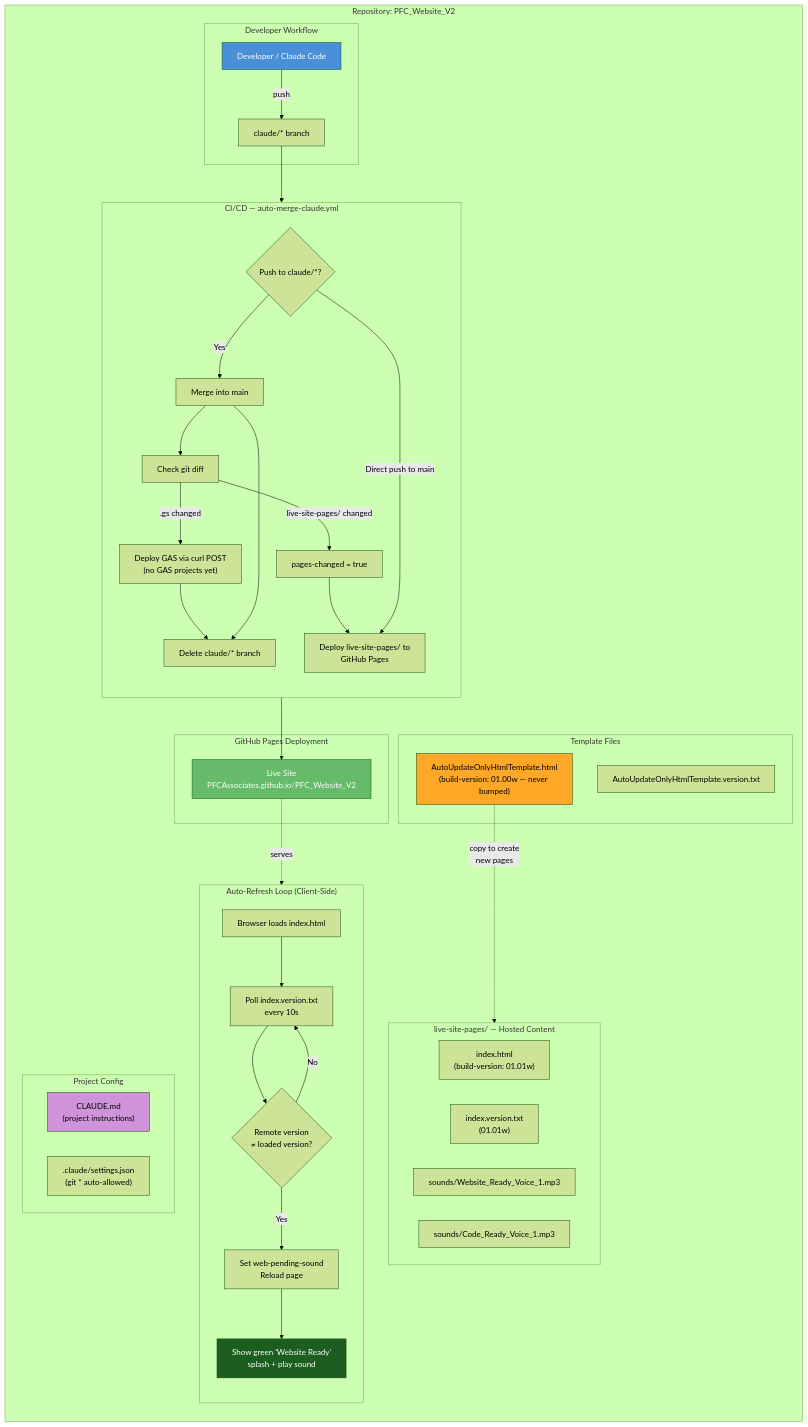
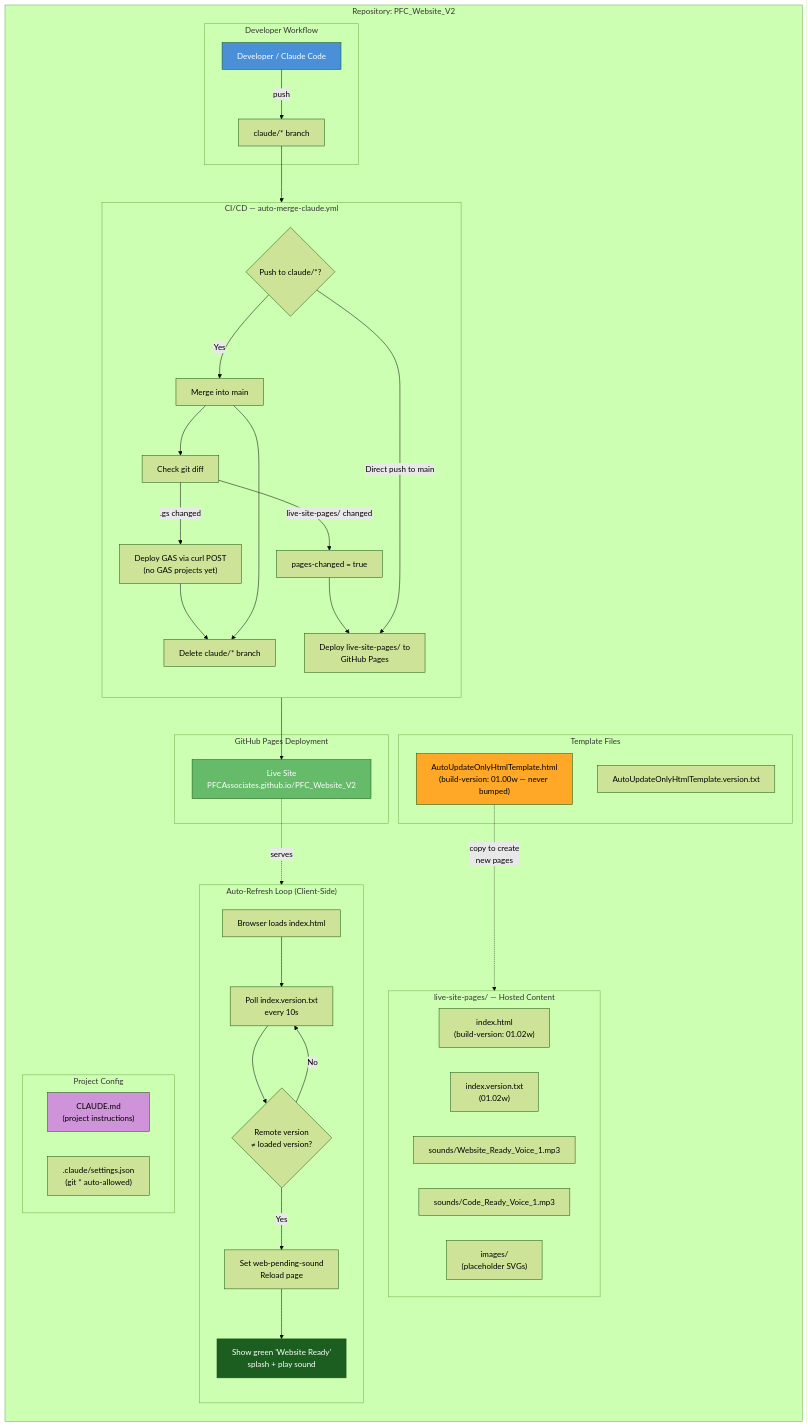
The diagram in repository-information/ARCHITECTURE.md (PFCAssociates/PFC_Website_V2), drawn with Mermaid (forest theme) before and after one commit. The commit also changed 10 other files, not shown here.

First line of the commit message:
v01.02w Add placeholder images and adjust styling for original site feel

````diff
--- a/repository-information/ARCHITECTURE.md
+++ b/repository-information/ARCHITECTURE.md
@@ -3,73 +3,74 @@
 ```mermaid
 graph TB
     subgraph "Repository: PFC_Website_V2"
         direction TB
 
         subgraph "Developer Workflow"
             DEV["Developer / Claude Code"]
             CB["claude/* branch"]
             DEV -->|"push"| CB
         end
 
         subgraph "CI/CD — auto-merge-claude.yml"
             direction TB
             TRIGGER{"Push to claude/*?"}
             CB --> TRIGGER
             TRIGGER -->|Yes| MERGE["Merge into main"]
             MERGE --> DIFF["Check git diff"]
             DIFF -->|"live-site-pages/ changed"| PAGES_FLAG["pages-changed = true"]
             DIFF -->|".gs changed"| GAS_DEPLOY["Deploy GAS via curl POST\n(no GAS projects yet)"]
             GAS_DEPLOY --> DELETE_BR
             MERGE --> DELETE_BR["Delete claude/* branch"]
             PAGES_FLAG --> DEPLOY_PAGES
             TRIGGER -->|"Direct push to main"| DEPLOY_PAGES
         end
 
         subgraph "GitHub Pages Deployment"
             DEPLOY_PAGES["Deploy live-site-pages/ to\nGitHub Pages"]
             LIVE["Live Site\nPFCAssociates.github.io/PFC_Website_V2"]
             DEPLOY_PAGES --> LIVE
         end
 
         subgraph "live-site-pages/ — Hosted Content"
             direction LR
-            INDEX["index.html\n(build-version: 01.01w)"]
-            VERTXT["index.version.txt\n(01.01w)"]
+            INDEX["index.html\n(build-version: 01.02w)"]
+            VERTXT["index.version.txt\n(01.02w)"]
             SND1["sounds/Website_Ready_Voice_1.mp3"]
             SND2["sounds/Code_Ready_Voice_1.mp3"]
+            IMGS["images/\n(placeholder SVGs)"]
         end
 
         subgraph "Auto-Refresh Loop (Client-Side)"
             direction TB
             BROWSER["Browser loads index.html"]
             POLL["Poll index.version.txt\nevery 10s"]
             COMPARE{"Remote version\n≠ loaded version?"}
             RELOAD["Set web-pending-sound\nReload page"]
             SPLASH["Show green 'Website Ready'\nsplash + play sound"]
             BROWSER --> POLL
             POLL --> COMPARE
             COMPARE -->|Yes| RELOAD
             RELOAD --> SPLASH
             COMPARE -->|No| POLL
         end
 
         subgraph "Template Files"
             TPL["AutoUpdateOnlyHtmlTemplate.html\n(build-version: 01.00w — never bumped)"]
             TPL_VER["AutoUpdateOnlyHtmlTemplate.version.txt"]
         end
 
         subgraph "Project Config"
             CLAUDE_MD["CLAUDE.md\n(project instructions)"]
             SETTINGS[".claude/settings.json\n(git * auto-allowed)"]
         end
     end
 
     TPL -.->|"copy to create\nnew pages"| INDEX
     LIVE -.->|"serves"| BROWSER
 
     style DEV fill:#4a90d9,color:#fff
     style LIVE fill:#66bb6a,color:#fff
     style SPLASH fill:#1b5e20,color:#fff
     style TPL fill:#ffa726,color:#000
     style CLAUDE_MD fill:#ce93d8,color:#000
 ```
````
